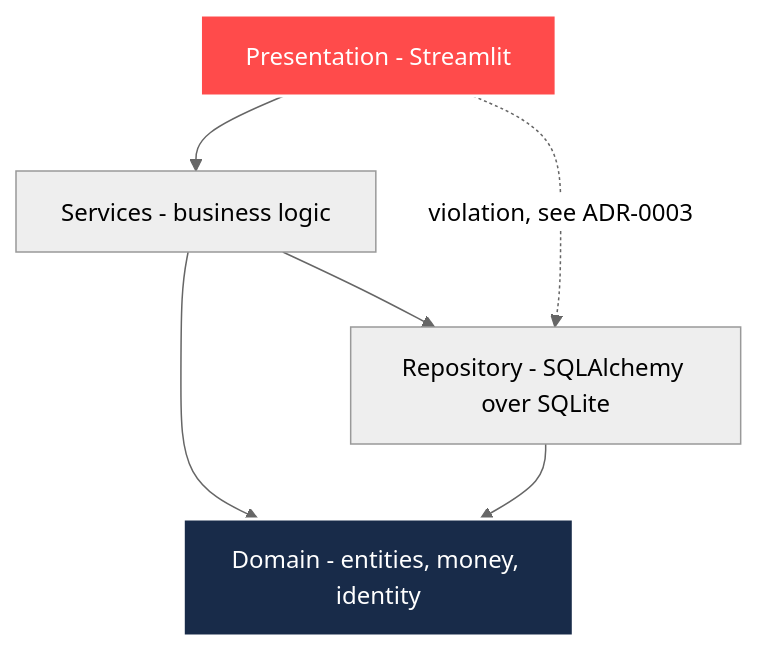
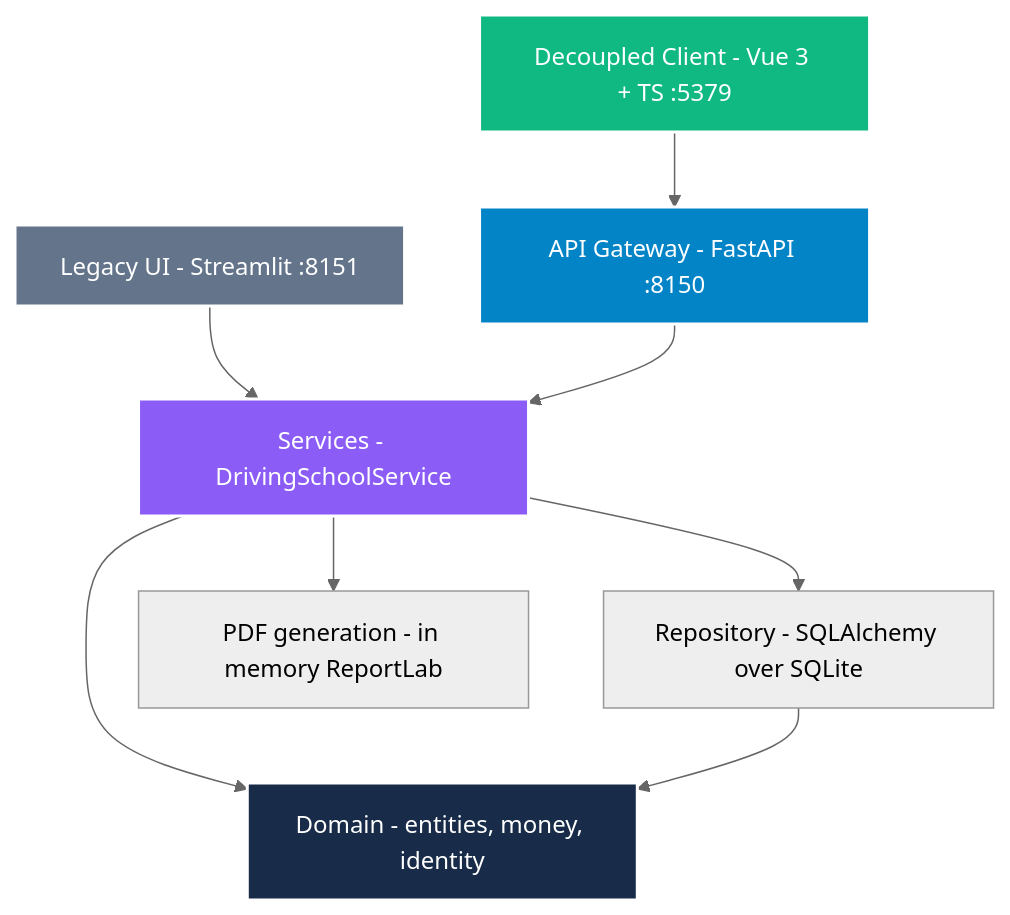
The diagram in README.md (Nain9Dev/NainDrive), drawn with Mermaid (neutral theme) before and after one commit. The commit also changed other lines of this file and 39 other files, not shown here.

First line of the commit message:
feat: decouple architecture with application service, fastapi gateway and vue client

````diff
--- a/README.md
+++ b/README.md
@@ -45,11 +24,16 @@
 ```mermaid
 graph TD
-    UI[Presentation - Streamlit] --> SVC[Services - business logic]
-    UI -. violation, see ADR-0003 .-> REPO
+    CLIENT[Decoupled Client - Vue 3 + TS :5379] --> API[API Gateway - FastAPI :8150]
+    UI[Legacy UI - Streamlit :8151] --> SVC[Services - DrivingSchoolService]
+    API --> SVC
     SVC --> DOM[Domain - entities, money, identity]
     SVC --> REPO[Repository - SQLAlchemy over SQLite]
     REPO --> DOM
+    SVC --> PDF[PDF generation - in memory ReportLab]
 
     style DOM fill:#182B49,stroke:#fff,stroke-width:2px,color:#fff
-    style UI fill:#FF4B4B,stroke:#fff,stroke-width:2px,color:#fff
+    style CLIENT fill:#10B981,stroke:#fff,stroke-width:2px,color:#fff
+    style API fill:#0284C7,stroke:#fff,stroke-width:2px,color:#fff
+    style UI fill:#64748B,stroke:#fff,stroke-width:2px,color:#fff
+    style SVC fill:#8B5CF6,stroke:#fff,stroke-width:2px,color:#fff
 ```
````
